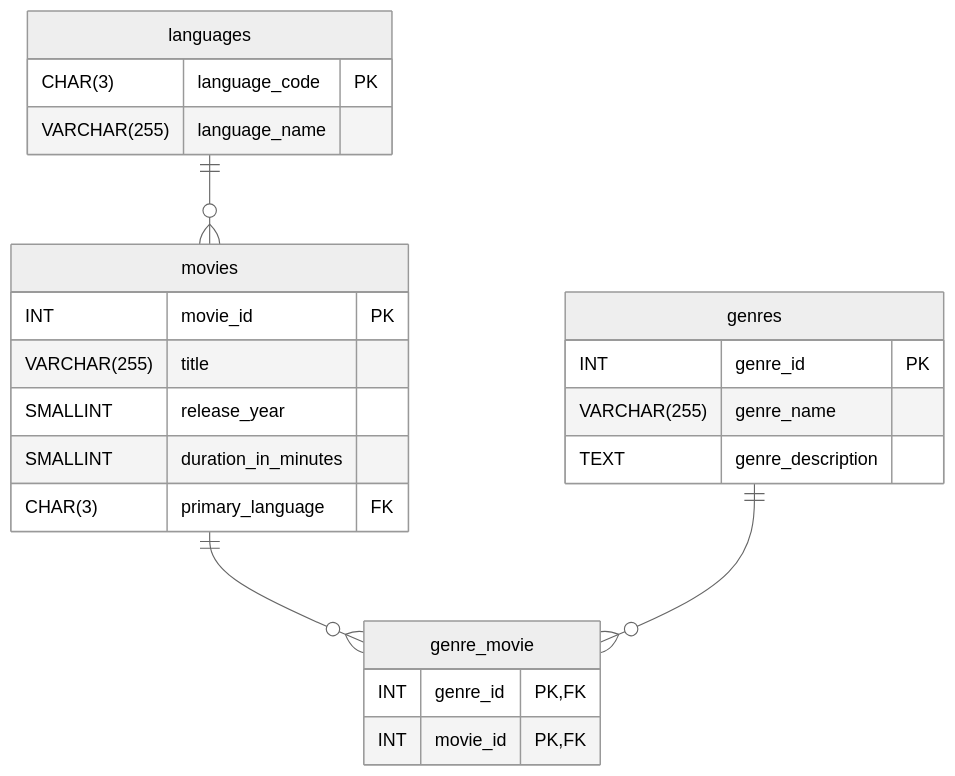
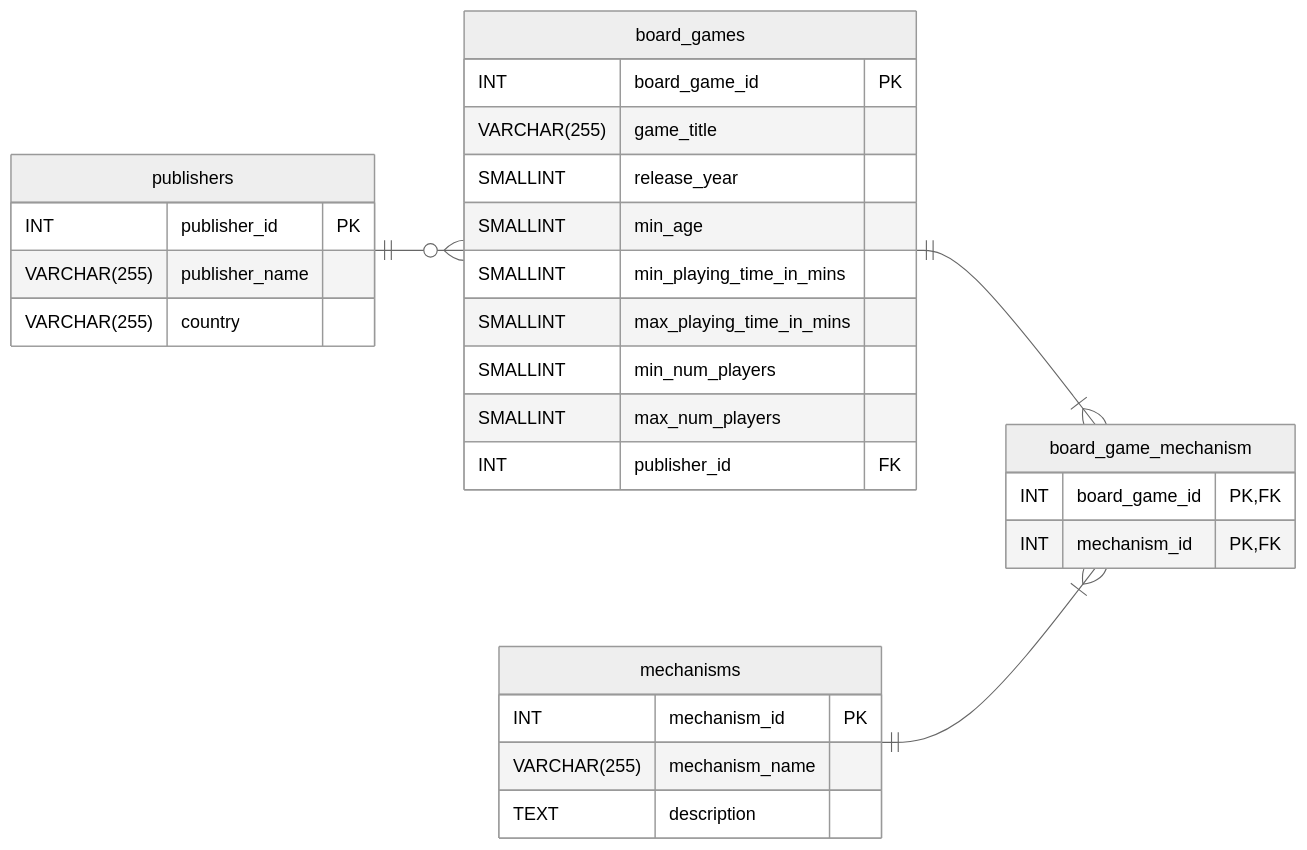
Before and after one commit to mmantle-hud/githubpages: the diagram in module_3_relationships/3.2_many_to_many_relationships/3.2.2_reading_another_many_to_many_relationships.md, drawn with Mermaid (neutral theme). The commit also changed other lines of this file and 4 other files, not shown here.

Commit message:
Added board games examples

```diff
--- a/module_3_relationships/3.2_many_to_many_relationships/3.2.2_reading_another_many_to_many_relationships.md
+++ b/module_3_relationships/3.2_many_to_many_relationships/3.2.2_reading_another_many_to_many_relationships.md
@@ -17,26 +19,33 @@
 <pre class="mermaid">
 erDiagram 
-    languages||--o{movies : ""
-    movies||--o{genre_movie : ""
-    genres||--o{genre_movie : ""
-    languages{
-        CHAR(3) language_code PK
-        VARCHAR(255) language_name
+    direction LR
+    publishers||--o{board_games : ""
+    board_games||--|{board_game_mechanism: ""
+    mechanisms||--|{board_game_mechanism: ""
+
+    publishers{
+        INT publisher_id PK
+        VARCHAR(255) publisher_name
+        VARCHAR(255) country
     }
-    movies{
-        INT movie_id PK
-        VARCHAR(255) title 
-        SMALLINT release_year
-        SMALLINT duration_in_minutes
-        CHAR(3) primary_language FK
+    board_games{
+        INT board_game_id PK
+        VARCHAR(255) game_title  
+        SMALLINT release_year  
+        SMALLINT min_age  
+        SMALLINT min_playing_time_in_mins  
+        SMALLINT max_playing_time_in_mins  
+        SMALLINT min_num_players  
+        SMALLINT max_num_players  
+        INT publisher_id FK 
     }
-    genre_movie{
-        INT genre_id PK, FK
-        INT movie_id PK, FK
+    board_game_mechanism{
+        INT board_game_id PK, FK
+        INT mechanism_id PK, FK
     }
-    genres{
-        INT genre_id PK
-        VARCHAR(255) genre_name
-        TEXT genre_description
+    mechanisms{
+        INT mechanism_id PK
+        VARCHAR(255) mechanism_name
+        TEXT description
     }
 </pre>
```
